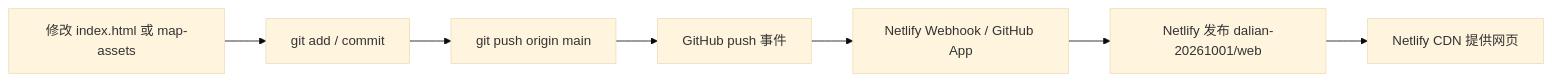
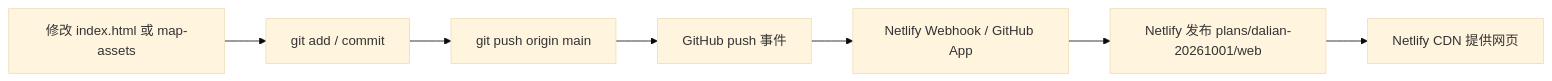
The diagram in README.md (XwLu/tourism), drawn with Mermaid (base theme) before and after one commit. The commit also changed other lines of this file and 194 other files, not shown here.

````diff
--- a/README.md
+++ b/README.md
@@ -105,9 +114,9 @@
 ```mermaid
 flowchart LR
     A[修改 index.html 或 map-assets] --> B[git add / commit]
     B --> C[git push origin main]
     C --> D[GitHub push 事件]
     D --> E[Netlify Webhook / GitHub App]
-    E --> F[Netlify 发布 dalian-20261001/web]
+    E --> F[Netlify 发布 plans/dalian-20261001/web]
     F --> G[Netlify CDN 提供网页]
 ```
````
